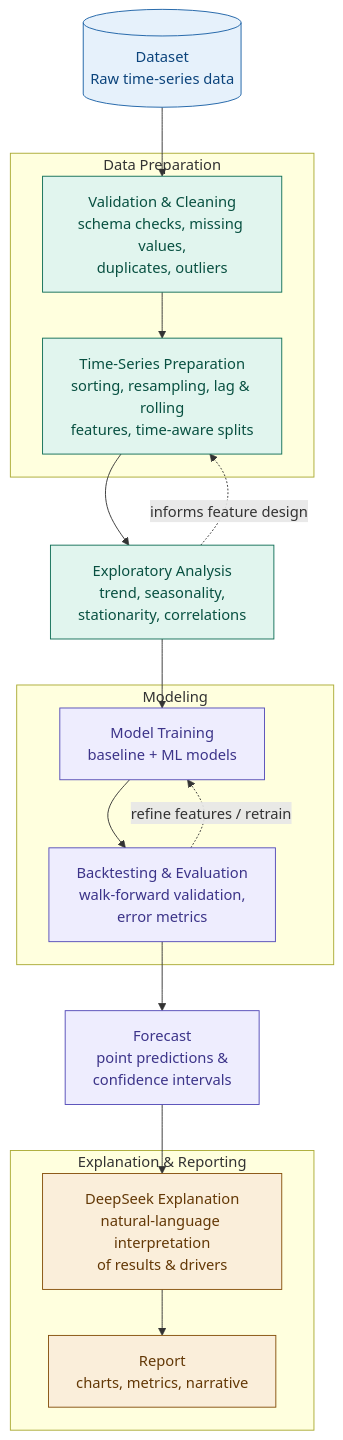
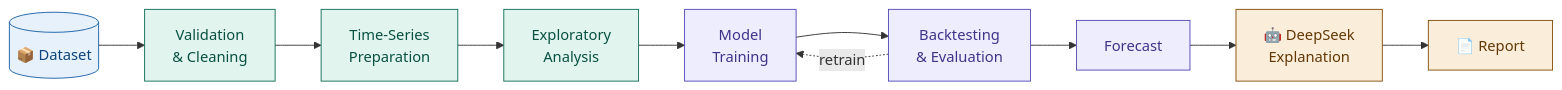
Before and after one commit to Mithamo-Morgan/Macro-Economics-Indicators-Projections-For-State-Dept-Of-Planning: the diagram in README.md, drawn with Mermaid.

Commit message:
Update Pipeline Architecture Diagram in README

````diff
--- a/README.md
+++ b/README.md
@@ -5,37 +5,25 @@
 ```mermaid
-flowchart TD
-    A[("Dataset<br/>Raw time-series data")]
-
-    subgraph PREP["Data Preparation"]
-        B["Validation & Cleaning<br/>schema checks, missing values,<br/>duplicates, outliers"]
-        C["Time-Series Preparation<br/>sorting, resampling, lag & rolling<br/>features, time-aware splits"]
-    end
-
-    D["Exploratory Analysis<br/>trend, seasonality,<br/>stationarity, correlations"]
-
-    subgraph MODEL["Modeling"]
-        E["Model Training<br/>baseline + ML models"]
-        F["Backtesting & Evaluation<br/>walk-forward validation,<br/>error metrics"]
-    end
-
-    G["Forecast<br/>point predictions &<br/>confidence intervals"]
-
-    subgraph EXPLAIN["Explanation & Reporting"]
-        H["DeepSeek Explanation<br/>natural-language interpretation<br/>of results & drivers"]
-        I["Report<br/>charts, metrics, narrative"]
-    end
+flowchart LR
+    A[("📦 Dataset")]
+    B["Validation<br/>& Cleaning"]
+    C["Time-Series<br/>Preparation"]
+    D["Exploratory<br/>Analysis"]
+    E["Model<br/>Training"]
+    F["Backtesting<br/>& Evaluation"]
+    G["Forecast"]
+    H["🤖 DeepSeek<br/>Explanation"]
+    I["📄 Report"]
 
     A --> B --> C --> D --> E --> F --> G --> H --> I
-    F -. "refine features / retrain" .-> E
-    D -. "informs feature design" .-> C
+    F -. "retrain" .-> E
 
     classDef data fill:#E6F1FB,stroke:#185FA5,color:#0C447C
     classDef proc fill:#E1F5EE,stroke:#0F6E56,color:#085041
     classDef ml fill:#EEEDFE,stroke:#534AB7,color:#3C3489
     classDef out fill:#FAEEDA,stroke:#854F0B,color:#633806
 
     class A data
     class B,C,D proc
     class E,F,G ml
     class H,I out
 ```
````
